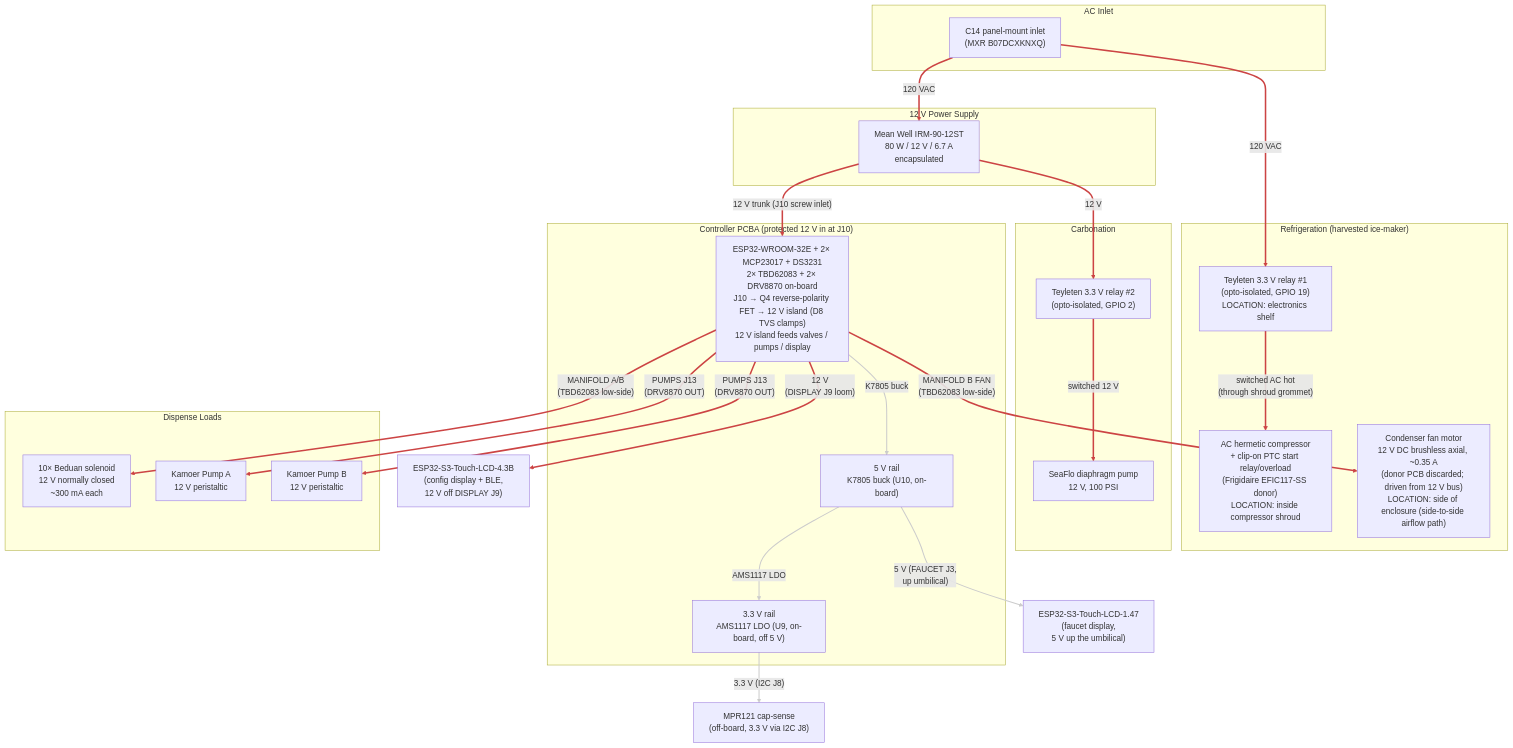
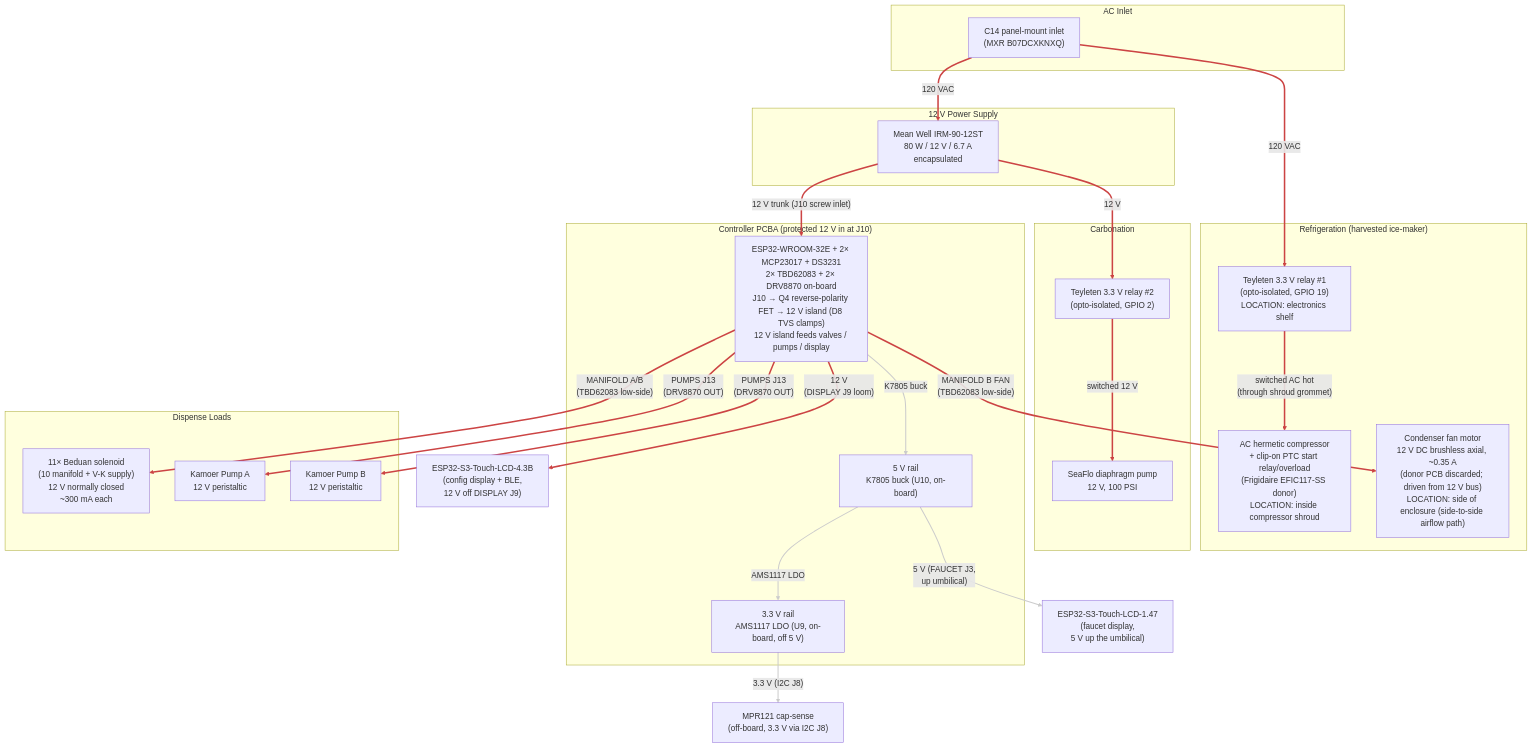
The diagram in hardware/wiring/power.mmd (derekbreden/homesodamachine), drawn with Mermaid before and after one commit. The commit also changed 18 other files, not shown here.

```diff
--- a/hardware/wiring/power.mmd
+++ b/hardware/wiring/power.mmd
@@ -1,131 +1,131 @@
 flowchart TD
 
   %% Power Distribution (current plan).
   %% 120 VAC mains in via C14 inlet; Mean Well 12 V PSU supplies the
   %% 12 V bus for everything except the compressor itself, which runs
   %% on switched mains via Teyleten relay #1 (PCBA RELAYS J5, ESP32
   %% GPIO 19). The 12 V diaphragm pump is gated by Teyleten relay #2
   %% (PCBA RELAYS J5, ESP32 GPIO 2) so firmware can keep refill off
   %% during an active dispense. Both relay modules take their coil/opto
   %% 5 V from RELAYS J5.
   %% The 12 V bus feeds the controller PCBA at its screw inlet (J10).
   %% The inlet is protected in series: a P-channel MOSFET (Q4, AO3407)
   %% in the high side blocks reverse polarity before the 12 V reaches the
   %% island; and a 15 V TVS (D8, SMAJ15A) clamps input surges the board
   %% sees to under C3's 25 V rating. Overcurrent is bounded by the Mean
   %% Well supply's own 6.7 A OCP.
   %% The board makes its own logic rails — 5 V from the on-board K7805
   %% buck (U10), 3.3 V from the on-board AMS1117 LDO (U9, off the 5 V
   %% rail) — and carries the WROOM, both MCP23017s, the RTC, both
   %% TBD62083s, and the two DRV8870 pump H-bridges. Off-board 12 V
   %% loads draw through the board: solenoid valves + condenser fan
   %% through the TBD62083 channels (MANIFOLD A/B), peristaltic pumps through
   %% the DRV8870s (PUMPS J13), and the 4.3B config display through its
   %% loom connector (DISPLAY J9 carries RS485 + 12 V). The faucet
   %% display takes 5 V up the umbilical (FAUCET J3); the sensor loom
   %% (SENSORS J4) and the MQ-6 heater (GAS J11) draw 5 V / 3.3 V off
   %% the same on-board rails.
   %% Physical placement:
   %% - The C14 inlet, AC distribution, PSU, both Teyleten relays, and
   %%   the controller PCBA sit on a single electronics shelf at the
   %%   top-back of the enclosure, behind the rear-panel C14 inlet.
   %% - The compressor sits middle-bottom inside a fire-rated metal
   %%   shroud (because the appliance is going into kitchens used by
   %%   friends, family, and customers the founder knows by name, and
   %%   safe handling of the R-600a charge is what UL 60335-2-89
   %%   actually requires); its clip-on PTC start relay + overload
   %%   module is co-located with the compressor body inside the shroud.
   %% - Teyleten relay #1 stays on the SHELF, OUTSIDE the shroud.
   %%   Only switched AC enters the shroud (one wire bundle through one
   %%   grommet: switched H + N + chassis G). This avoids placing an
   %%   arcing contact inside the protected hydrocarbon-refrigerant
   %%   compartment.
   %% - The condenser fan motor is on the side of the enclosure
   %%   (the side-to-side intake → condenser → exhaust airflow path)
   %%   and is OUTSIDE the shroud. It is a 12 V DC brushless axial
   %%   fan: the donor ice maker's own PCB regulated mains to 12 V
   %%   to drive it (factory wiring was never AC on the fan itself),
   %%   so on harvest we discard the donor PCB and drive the fan
   %%   from our own 12 V bus. Low-side switched via one channel of
   %%   TBD62083 #2 (MANIFOLD B FAN pin, driven from MCP23017 0x21
   %%   PA3) — same pattern as the solenoid valves. Firmware turns it
   %%   on/off in lockstep with the compressor.
   %% See `ac-wiring-schedule.md` for run-by-run gauges + lengths and
   %% `../cut-parts/compressor-shroud/` for the shroud part.
 
   subgraph AC_Inlet["AC Inlet"]
     C14["C14 panel-mount inlet\n(MXR B07DCXKNXQ)"]
   end
 
   subgraph Supply["12 V Power Supply"]
     PSU["Mean Well IRM-90-12ST\n80 W / 12 V / 6.7 A\nencapsulated"]
   end
 
   subgraph Refrigeration["Refrigeration  (harvested ice-maker)"]
     RELAY["Teyleten 3.3 V relay #1\n(opto-isolated, GPIO 19)\nLOCATION: electronics shelf"]
     COMP_AC["AC hermetic compressor\n+ clip-on PTC start relay/overload\n(Frigidaire EFIC117-SS donor)\nLOCATION: inside compressor shroud"]
     COND_FAN["Condenser fan motor\n12 V DC brushless axial, ~0.35 A\n(donor PCB discarded; driven from 12 V bus)\nLOCATION: side of enclosure (side-to-side airflow path)"]
   end
 
   subgraph Carbonation["Carbonation"]
     DIA_RELAY["Teyleten 3.3 V relay #2\n(opto-isolated, GPIO 2)"]
     DIA_PUMP["SeaFlo diaphragm pump\n12 V, 100 PSI"]
   end
 
   subgraph Board["Controller PCBA  (protected 12 V in at J10)"]
     PCBA["ESP32-WROOM-32E + 2× MCP23017 + DS3231\n2× TBD62083 + 2× DRV8870 on-board\nJ10 → Q4 reverse-polarity FET → 12 V island (D8 TVS clamps)\n12 V island feeds valves / pumps / display"]
     REG_5V["5 V rail\nK7805 buck (U10, on-board)"]
     REG_3V3["3.3 V rail\nAMS1117 LDO (U9, on-board, off 5 V)"]
   end
 
   subgraph Dispense["Dispense Loads"]
-    VALVES["10× Beduan solenoid\n12 V normally closed\n~300 mA each"]
+    VALVES["11× Beduan solenoid\n(10 manifold + V-K supply)\n12 V normally closed\n~300 mA each"]
     PUMP_A["Kamoer Pump A\n12 V peristaltic"]
     PUMP_B["Kamoer Pump B\n12 V peristaltic"]
   end
 
   CFG["ESP32-S3-Touch-LCD-4.3B\n(config display + BLE,\n 12 V off DISPLAY J9)"]
 
   FAUCET["ESP32-S3-Touch-LCD-1.47\n(faucet display,\n 5 V up the umbilical)"]
 
   MPR["MPR121 cap-sense\n(off-board, 3.3 V via I2C J8)"]
 
   %% AC distribution (hot leg)
   C14 ==>|"120 VAC"| RELAY
   C14 ==>|"120 VAC"| PSU
   RELAY ==>|"switched AC hot\n(through shroud grommet)"| COMP_AC
 
   %% 12 V distribution
   PSU ==>|"12 V trunk (J10 screw inlet)"| PCBA
   PSU ==>|"12 V"| DIA_RELAY
   DIA_RELAY ==>|"switched 12 V"| DIA_PUMP
   PCBA ==>|"MANIFOLD A/B\n(TBD62083 low-side)"| VALVES
   PCBA ==>|"MANIFOLD B FAN\n(TBD62083 low-side)"| COND_FAN
   PCBA ==>|"PUMPS J13\n(DRV8870 OUT)"| PUMP_A
   PCBA ==>|"PUMPS J13\n(DRV8870 OUT)"| PUMP_B
   PCBA ==>|"12 V\n(DISPLAY J9 loom)"| CFG
 
   %% Logic rails (made on the PCBA)
   PCBA -->|"K7805 buck"| REG_5V
   REG_5V -->|"5 V (FAUCET J3,\n up umbilical)"| FAUCET
   REG_5V -->|"AMS1117 LDO"| REG_3V3
   REG_3V3 -->|"3.3 V (I2C J8)"| MPR
 
   %% Power paths (red, thick).
   %% 0    = C14 -> relay #1 (AC mains)
   %% 1    = C14 -> PSU (AC mains)
   %% 2    = relay #1 -> compressor (switched AC, through shroud)
   %% 3    = PSU 12 V trunk -> PCBA (J10)
   %% 4    = PSU 12 V -> diaphragm relay #2
   %% 5    = relay #2 -> diaphragm pump (switched 12 V)
   %% 6    = PCBA -> solenoid valves (TBD62083 low-side)
   %% 7    = PCBA -> condenser fan (TBD62083 low-side)
   %% 8-9  = PCBA -> peristaltic pumps (DRV8870)
   %% 10   = PCBA -> 4.3B config display (12 V off J9)
   linkStyle 0,1,2,3,4,5,6,7,8,9,10 stroke:#c44,stroke-width:3px
   %% Logic rails (5 V, 3.3 V), made on the PCBA: white workhorse.
   %% 11 = K7805 buck -> 5 V rail
   %% 12 = 5 V rail -> faucet display (up umbilical)
   %% 13 = AMS1117 -> 3.3 V rail
   %% 14 = 3.3 V rail -> off-board MPR121 (I2C header)
   linkStyle 11,12,13,14 stroke:#ccc,stroke-width:2px
```
